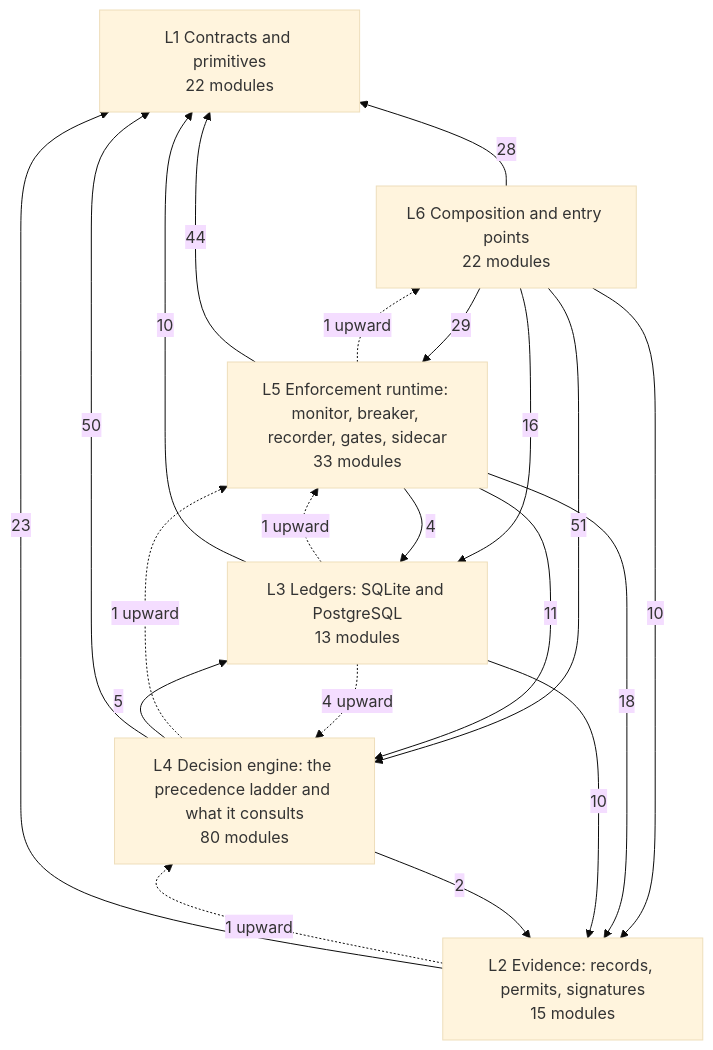
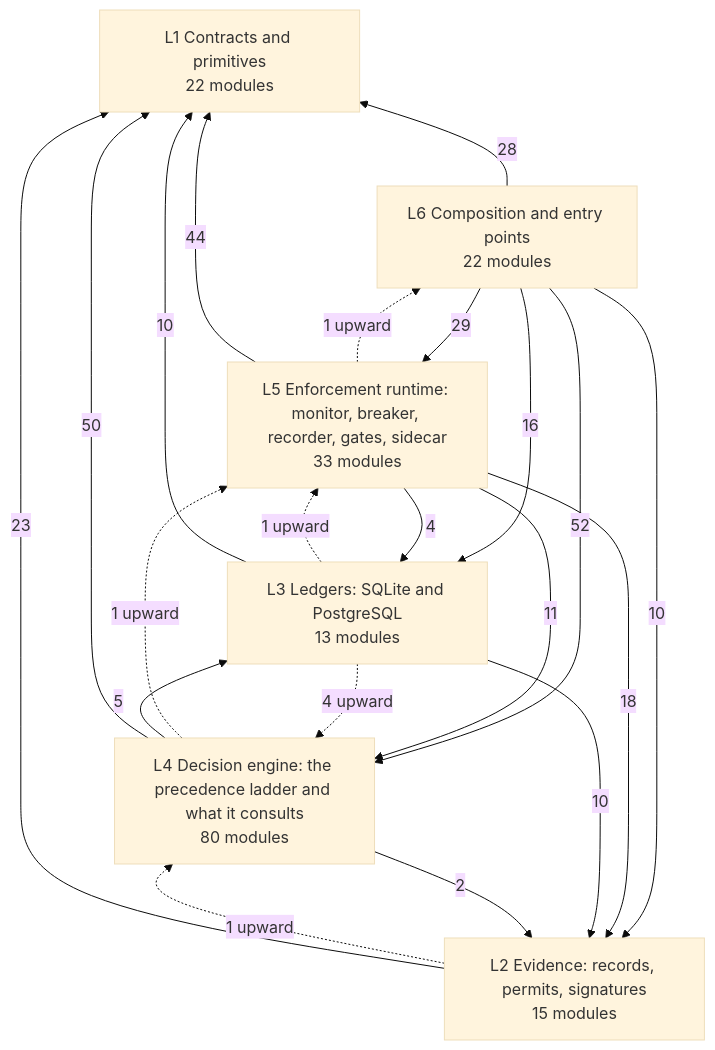
The diagram in docs/architecture/DEPENDENCIES.md (LOLA0786/privatevault-agent-dna), drawn with Mermaid (base theme) before and after one commit. The commit also changed other lines of this file and 20 other files, not shown here.

````diff
--- a/docs/architecture/DEPENDENCIES.md
+++ b/docs/architecture/DEPENDENCIES.md
@@ -12,29 +12,29 @@
 ```mermaid
 flowchart BT
   L1["L1 Contracts and primitives<br/>22 modules"]
   L2["L2 Evidence: records, permits, signatures<br/>15 modules"]
   L3["L3 Ledgers: SQLite and PostgreSQL<br/>13 modules"]
   L4["L4 Decision engine: the precedence ladder and what it consults<br/>80 modules"]
   L5["L5 Enforcement runtime: monitor, breaker, recorder, gates, sidecar<br/>33 modules"]
   L6["L6 Composition and entry points<br/>22 modules"]
   L2 -->|23| L1
   L3 -->|10| L1
   L3 -->|10| L2
   L4 -->|50| L1
   L4 -->|2| L2
   L4 -->|5| L3
   L5 -->|44| L1
   L5 -->|18| L2
   L5 -->|4| L3
   L5 -->|11| L4
   L6 -->|28| L1
   L6 -->|10| L2
   L6 -->|16| L3
-  L6 -->|51| L4
+  L6 -->|52| L4
   L6 -->|29| L5
   L2 -.->|1 upward| L4
   L3 -.->|4 upward| L4
   L3 -.->|1 upward| L5
   L4 -.->|1 upward| L5
   L5 -.->|1 upward| L6
 ```
````
